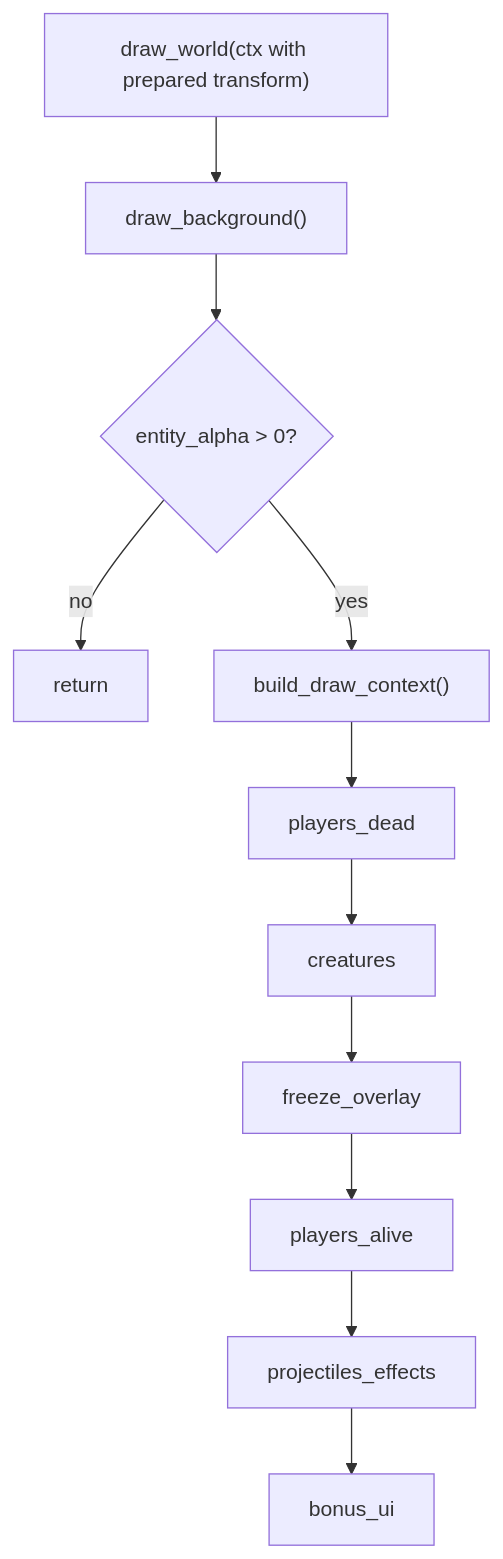
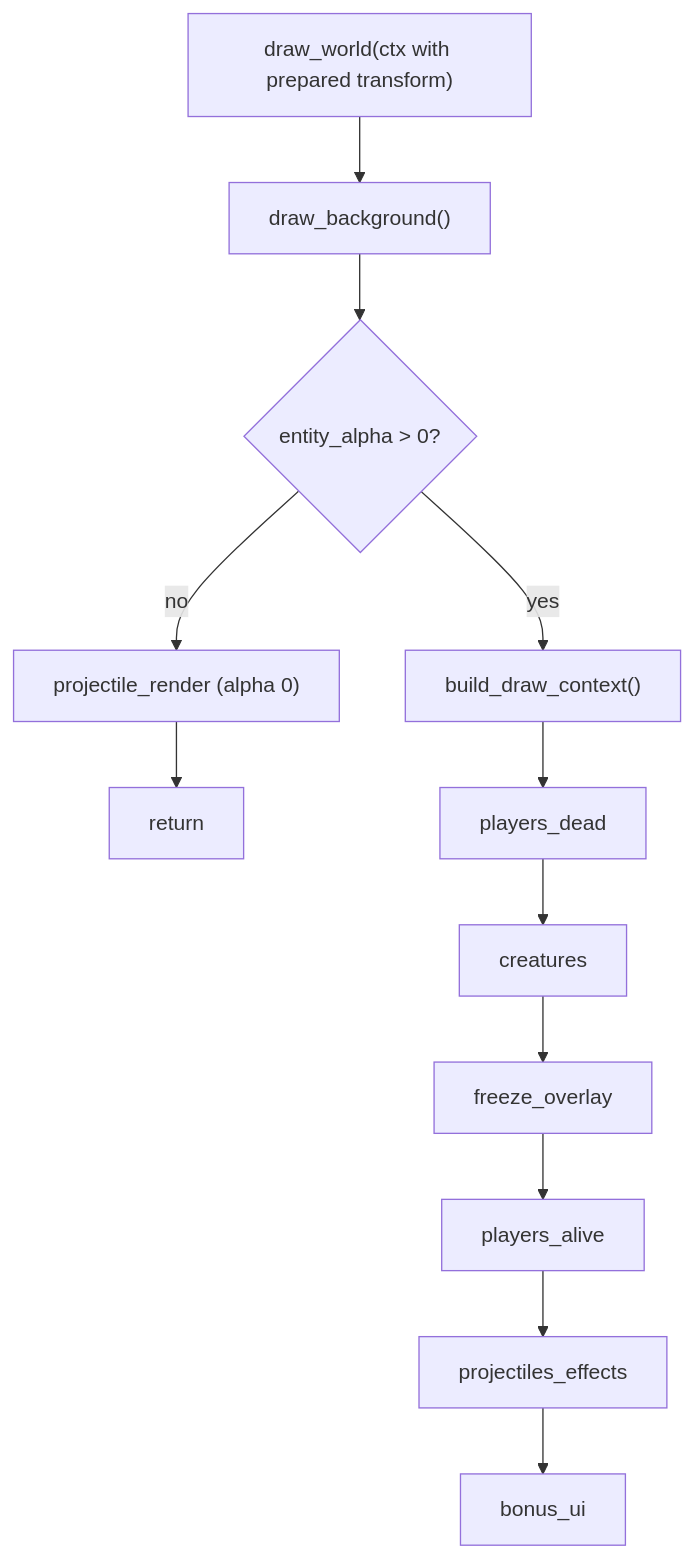
The third of 6 diagrams in docs/rewrite/rendering-pipeline.md (banteg/crimson), drawn with Mermaid before and after one commit. The commit also changed other lines of this file and 38 other files, not shown here.

````diff
--- a/docs/rewrite/rendering-pipeline.md
+++ b/docs/rewrite/rendering-pipeline.md
@@ -114,13 +114,14 @@
 ```mermaid
 flowchart TD
     A["draw_world(ctx with prepared transform)"] --> C["draw_background()"]
     C --> D{"entity_alpha > 0?"}
-    D -- "no" --> Z["return"]
+    D -- "no" --> Y["projectile_render (alpha 0)"]
+    Y --> Z["return"]
     D -- "yes" --> E["build_draw_context()"]
     E --> F["players_dead"]
     F --> G["creatures"]
     G --> H["freeze_overlay"]
     H --> I["players_alive"]
     I --> J["projectiles_effects"]
     J --> K["bonus_ui"]
 ```
````
